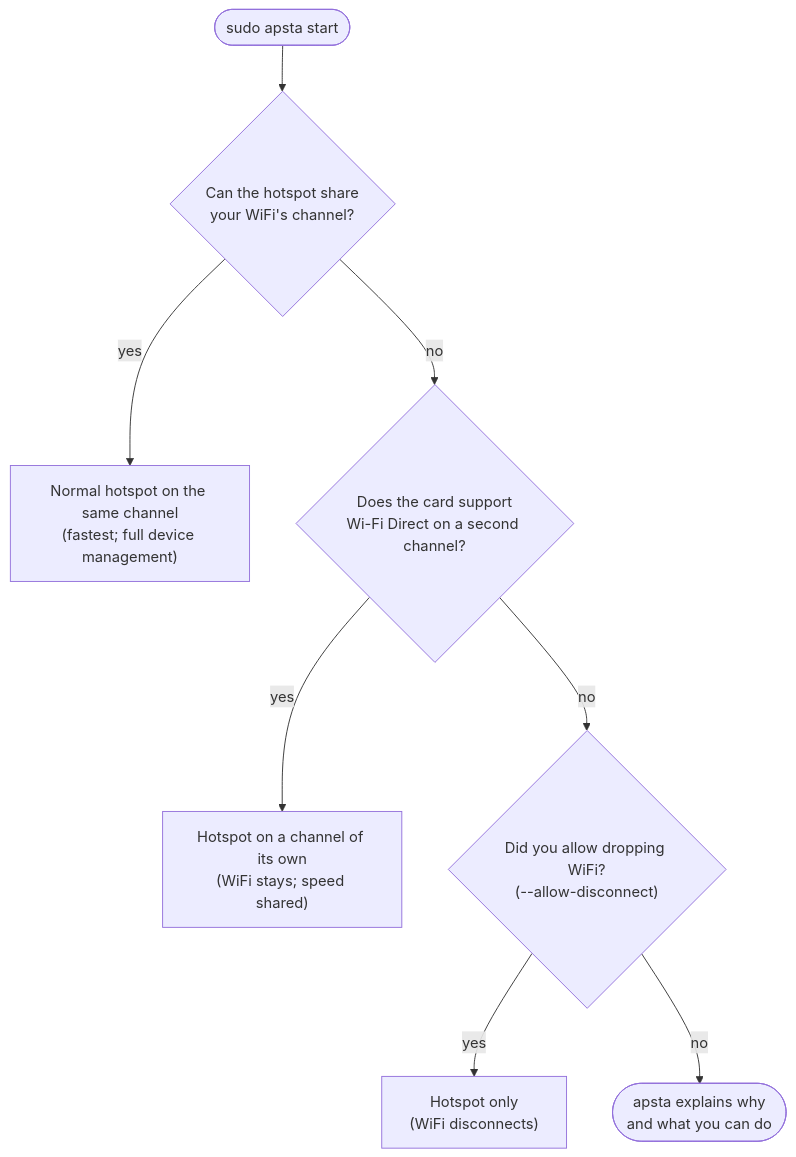
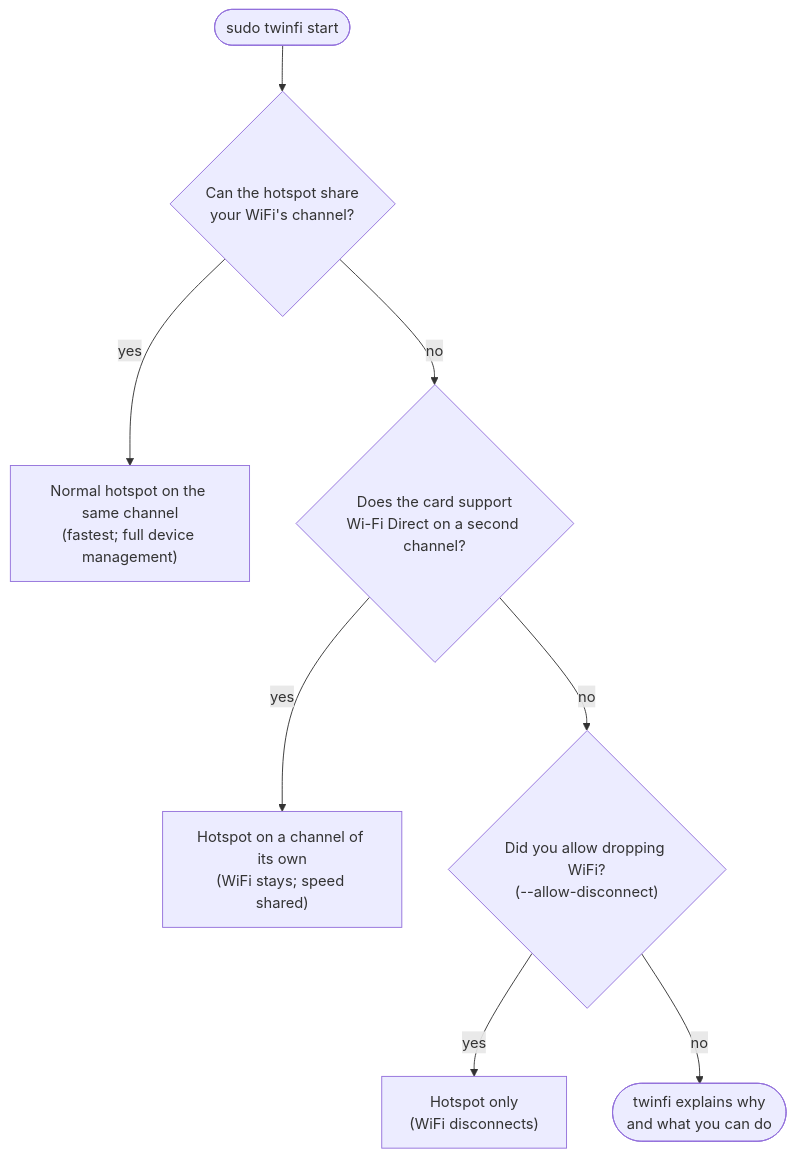
The second of 2 diagrams in docs/how-it-works.md (krotrn/apsta), drawn with Mermaid before and after one commit. The commit also changed other lines of this file and 204 other files, not shown here.

First line of the commit message:
feat!: rename apsta to twinfi

````diff
--- a/docs/how-it-works.md
+++ b/docs/how-it-works.md
@@ -118,10 +118,10 @@
 ```mermaid
 flowchart TD
-    S(["sudo apsta start"]) --> Q{"Can the hotspot share<br/>your WiFi's channel?"}
+    S(["sudo twinfi start"]) --> Q{"Can the hotspot share<br/>your WiFi's channel?"}
     Q -- "yes" --> A["Normal hotspot on the same channel<br/>(fastest; full device management)"]
     Q -- "no" --> P{"Does the card support<br/>Wi-Fi Direct on a second channel?"}
     P -- "yes" --> B["Hotspot on a channel of its own<br/>(WiFi stays; speed shared)"]
     P -- "no" --> F{"Did you allow dropping WiFi?<br/>(--allow-disconnect)"}
     F -- "yes" --> C["Hotspot only<br/>(WiFi disconnects)"]
-    F -- "no" --> E(["apsta explains why<br/>and what you can do"])
+    F -- "no" --> E(["twinfi explains why<br/>and what you can do"])
 ```
````
